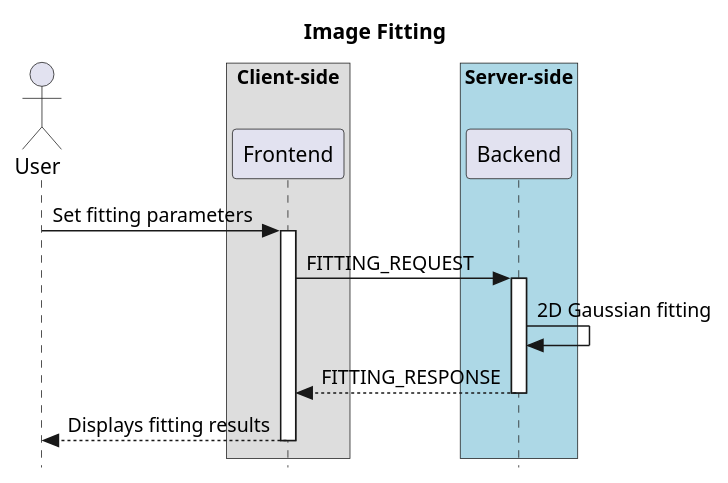
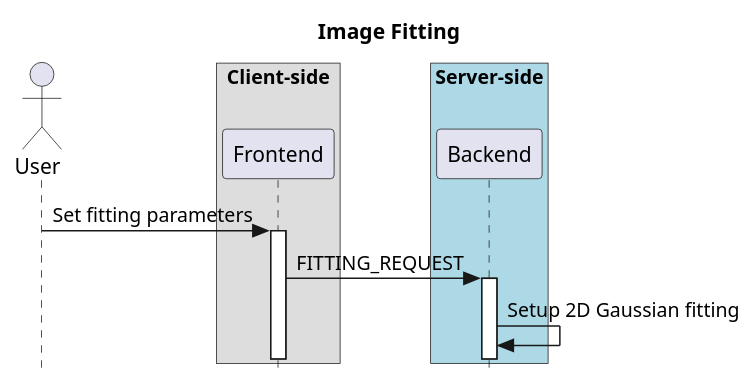
One commit to CARTAvis/carta-protobuf changed the diagram in docs/src/image_fitting.rst. Above: the diagram before and after it, drawn with PlantUML. The commit also changed other lines of this file and 4 other files, not shown here.

```diff
--- a/docs/src/image_fitting.rst
+++ b/docs/src/image_fitting.rst
@@ -8,24 +10,20 @@
 .. uml::
     
     skinparam style strictuml
     hide footbox
     title Image Fitting
     
     actor User
     box "Client-side"
     participant Frontend
     end box
     
     box "Server-side" #lightblue
     participant Backend
     end box
 
     User -> Frontend : Set fitting parameters
     activate Frontend
     Frontend -> Backend : FITTING_REQUEST
     activate Backend
-    Backend -> Backend : 2D Gaussian fitting
-    Frontend <-- Backend : FITTING_RESPONSE
-    deactivate Backend
-    User <-- Frontend : Displays fitting results
-    deactivate Frontend
+    Backend -> Backend : Setup 2D Gaussian fitting
```
